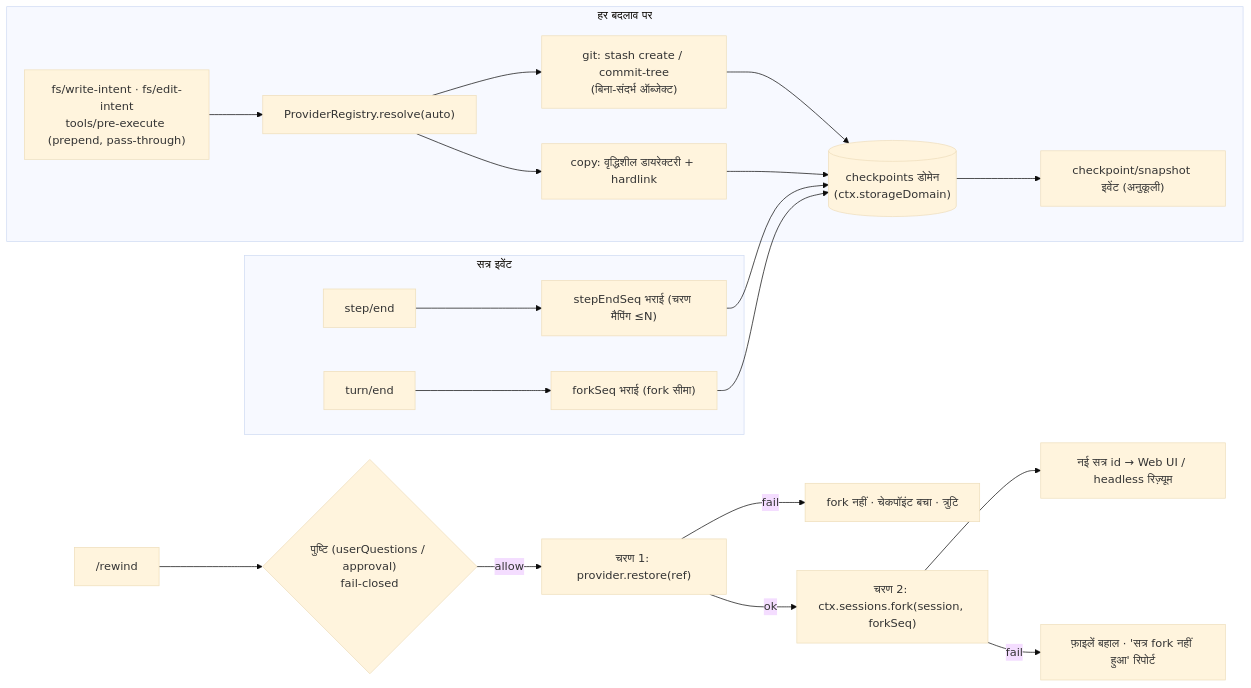
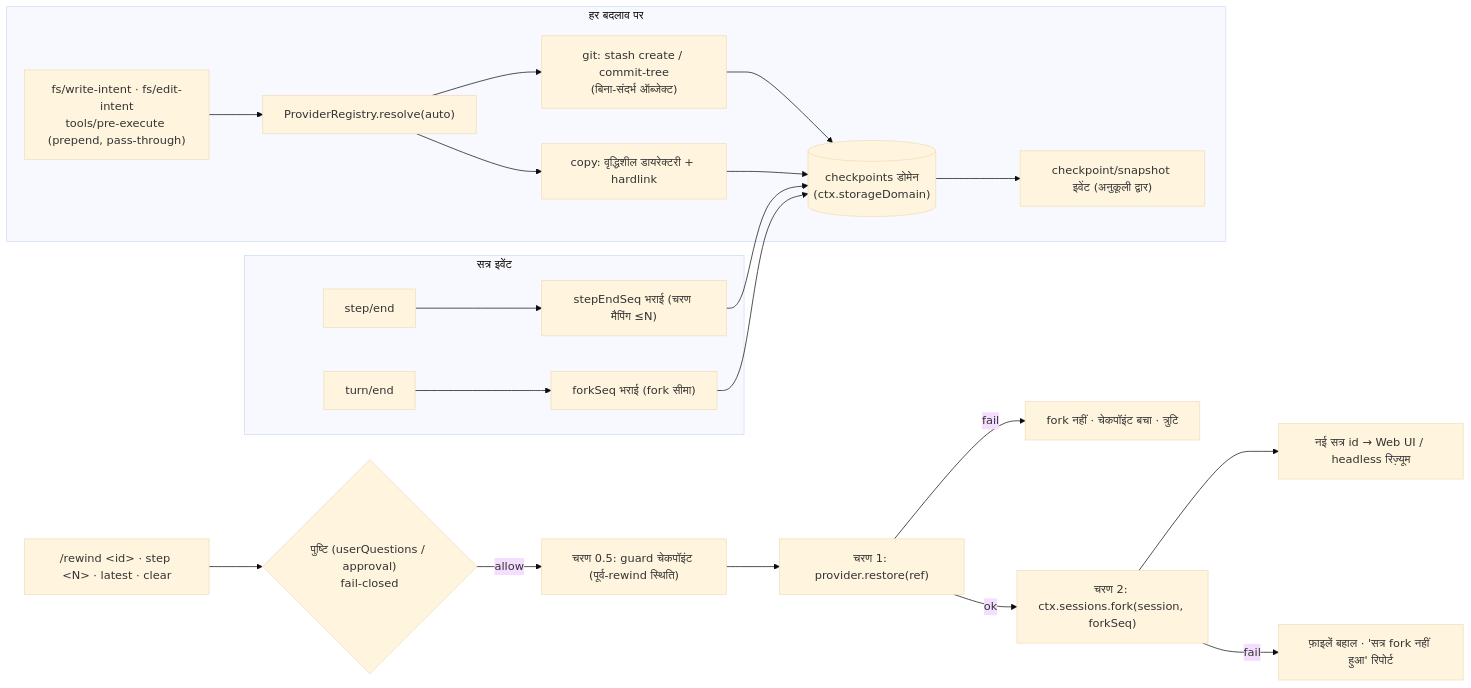
One commit to PerryLink/dsh-checkpoint-rewind changed the diagram in README.hi.md. Above: the diagram before and after it, drawn with Mermaid (base theme). The commit also changed other lines of this file and 8 other files, not shown here.

Commit message:
docs: 0.3.0 —— 五语 README（保护检查点/寻址语法/增量配额/verifyByHash/门 v2/clear）、ARCHITECTURE D9-D13 决策、CHANGELOG、SECURITY 三段式模型、AGENTS 纪律更新

````diff
--- a/README.hi.md
+++ b/README.hi.md
@@ -172,23 +185,24 @@
 ```mermaid
 flowchart LR
   subgraph capture["हर बदलाव पर"]
     A["fs/write-intent · fs/edit-intent<br/>tools/pre-execute (prepend, pass-through)"] --> B["ProviderRegistry.resolve(auto)"]
     B --> C["git: stash create / commit-tree<br/>(बिना-संदर्भ ऑब्जेक्ट)"]
     B --> D["copy: वृद्धिशील डायरेक्टरी + hardlink"]
     C --> E[("checkpoints डोमेन<br/>(ctx.storageDomain)")]
     D --> E
-    E --> F["checkpoint/snapshot इवेंट (अनुकूली)"]
+    E --> F["checkpoint/snapshot इवेंट (अनुकूली द्वार)"]
   end
   subgraph session["सत्र इवेंट"]
     G["step/end"] --> H["stepEndSeq भराई (चरण मैपिंग ≤N)"]
     I["turn/end"] --> J["forkSeq भराई (fork सीमा)"]
     H --> E
     J --> E
   end
-  K["/rewind <id>"] --> L{"पुष्टि (userQuestions / approval)<br/>fail-closed"}
-  L -->|allow| M["चरण 1: provider.restore(ref)"]
-  M -->|ok| N["चरण 2: ctx.sessions.fork(session, forkSeq)"]
-  N --> O["नई सत्र id → Web UI / headless रिज़्यूम"]
-  M -->|fail| P["fork नहीं · चेकपॉइंट बचा · त्रुटि"]
-  N -->|fail| Q["फ़ाइलें बहाल · 'सत्र fork नहीं हुआ' रिपोर्ट"]
+  K["/rewind &lt;id&gt; · step &lt;N&gt; · latest · clear"] --> L{"पुष्टि (userQuestions / approval)<br/>fail-closed"}
+  L -->|allow| M["चरण 0.5: guard चेकपॉइंट (पूर्व-rewind स्थिति)"]
+  M --> N["चरण 1: provider.restore(ref)"]
+  N -->|ok| O["चरण 2: ctx.sessions.fork(session, forkSeq)"]
+  O --> P["नई सत्र id → Web UI / headless रिज़्यूम"]
+  N -->|fail| Q["fork नहीं · चेकपॉइंट बचा · त्रुटि"]
+  O -->|fail| R["फ़ाइलें बहाल · 'सत्र fork नहीं हुआ' रिपोर्ट"]
 ```
````
